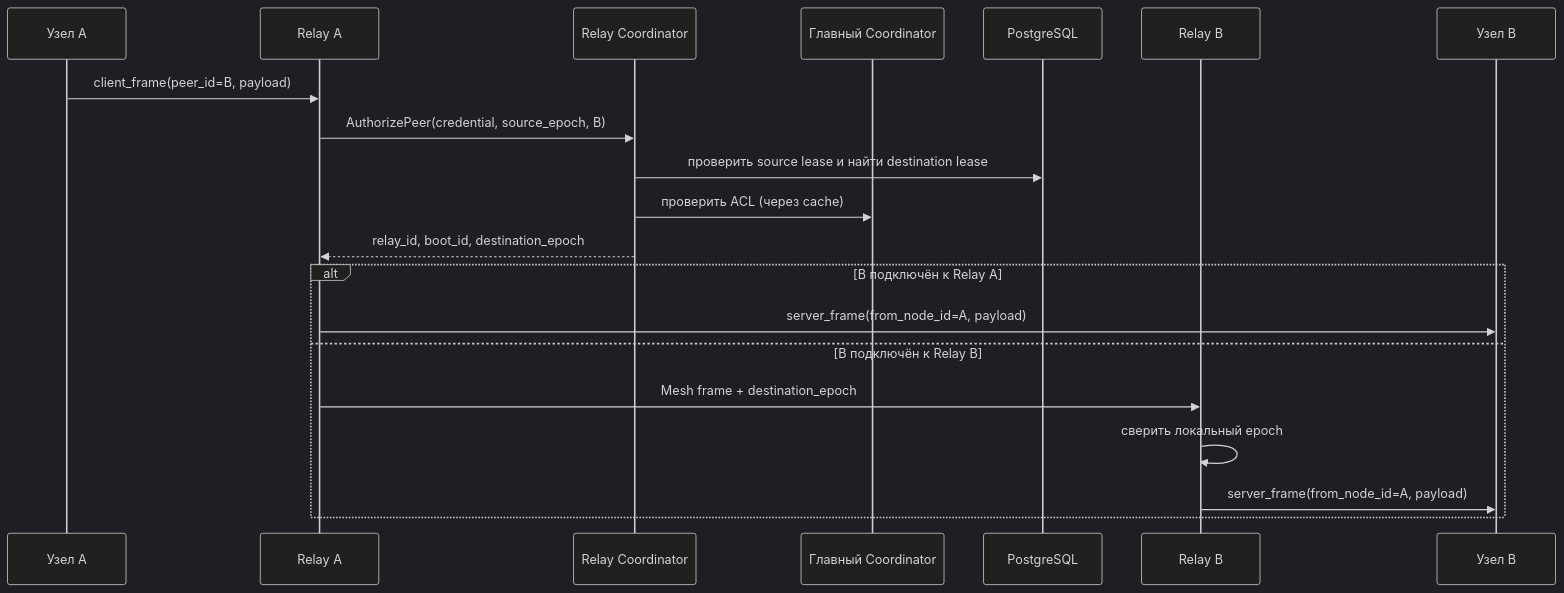
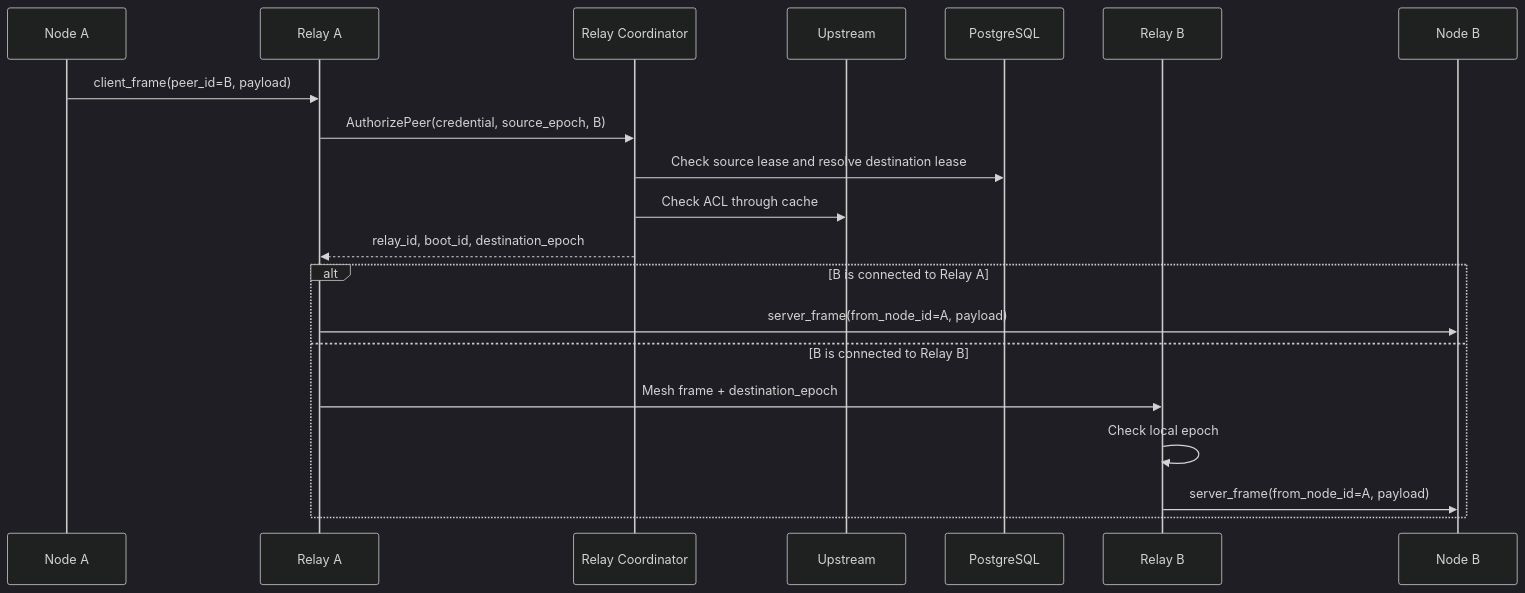
One commit to endless-net/relay changed the second of 2 diagrams in docs/architecture.md. Above: the diagram before and after it, drawn with Mermaid (dark theme). The commit also changed other lines of this file and 19 other files, not shown here.

````diff
--- a/docs/architecture.md
+++ b/docs/architecture.md
@@ -119,23 +118,23 @@
 ```mermaid
 sequenceDiagram
-    participant A as Узел A
+    participant A as Node A
     participant RA as Relay A
     participant RC as Relay Coordinator
-    participant MC as Главный Coordinator
+    participant UP as Upstream
     participant PG as PostgreSQL
     participant RB as Relay B
-    participant B as Узел B
+    participant B as Node B
 
     A->>RA: client_frame(peer_id=B, payload)
     RA->>RC: AuthorizePeer(credential, source_epoch, B)
-    RC->>PG: проверить source lease и найти destination lease
-    RC->>MC: проверить ACL (через cache)
+    RC->>PG: Check source lease and resolve destination lease
+    RC->>UP: Check ACL through cache
     RC-->>RA: relay_id, boot_id, destination_epoch
-    alt B подключён к Relay A
+    alt B is connected to Relay A
         RA->>B: server_frame(from_node_id=A, payload)
-    else B подключён к Relay B
+    else B is connected to Relay B
         RA->>RB: Mesh frame + destination_epoch
-        RB->>RB: сверить локальный epoch
+        RB->>RB: Check local epoch
         RB->>B: server_frame(from_node_id=A, payload)
     end
 ```
````
